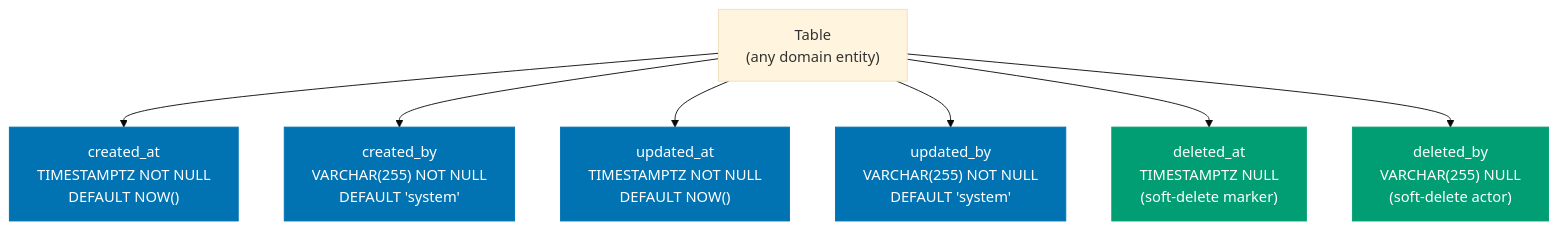
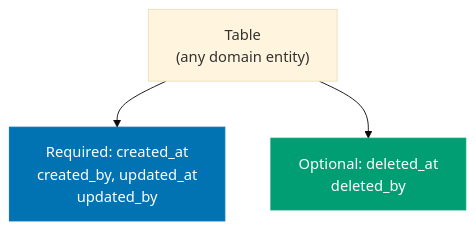
Before and after one commit to wahidyankf/ose-primer: the diagram in governance/development/pattern/database-audit-trail.md, drawn with Mermaid (base theme). The commit also changed other lines of this file and 534 other files, not shown here.

````diff
--- a/governance/development/pattern/database-audit-trail.md
+++ b/governance/development/pattern/database-audit-trail.md
@@ -45,23 +43,12 @@
 ```mermaid
 graph TD
     T["Table<br/>(any domain entity)"]
-    C1["created_at<br/>TIMESTAMPTZ NOT NULL<br/>DEFAULT NOW()"]
-    C2["created_by<br/>VARCHAR(255) NOT NULL<br/>DEFAULT 'system'"]
-    C3["updated_at<br/>TIMESTAMPTZ NOT NULL<br/>DEFAULT NOW()"]
-    C4["updated_by<br/>VARCHAR(255) NOT NULL<br/>DEFAULT 'system'"]
-    C5["deleted_at<br/>TIMESTAMPTZ NULL<br/>(soft-delete marker)"]
-    C6["deleted_by<br/>VARCHAR(255) NULL<br/>(soft-delete actor)"]
+    REQ["Required: created_at<br/>created_by, updated_at<br/>updated_by"]
+    OPT["Optional: deleted_at<br/>deleted_by"]
 
-    T --> C1
-    T --> C2
-    T --> C3
-    T --> C4
-    T --> C5
-    T --> C6
+    T --> REQ
+    T --> OPT
 
-    classDef required fill:#0173B2,color:#ffffff,stroke:#0173B2
-    classDef optional fill:#029E73,color:#ffffff,stroke:#029E73
-
-    class C1,C2,C3,C4 required
-    class C5,C6 optional
+    style REQ fill:#0173B2,color:#ffffff,stroke:#0173B2
+    style OPT fill:#029E73,color:#ffffff,stroke:#029E73
 ```
````
